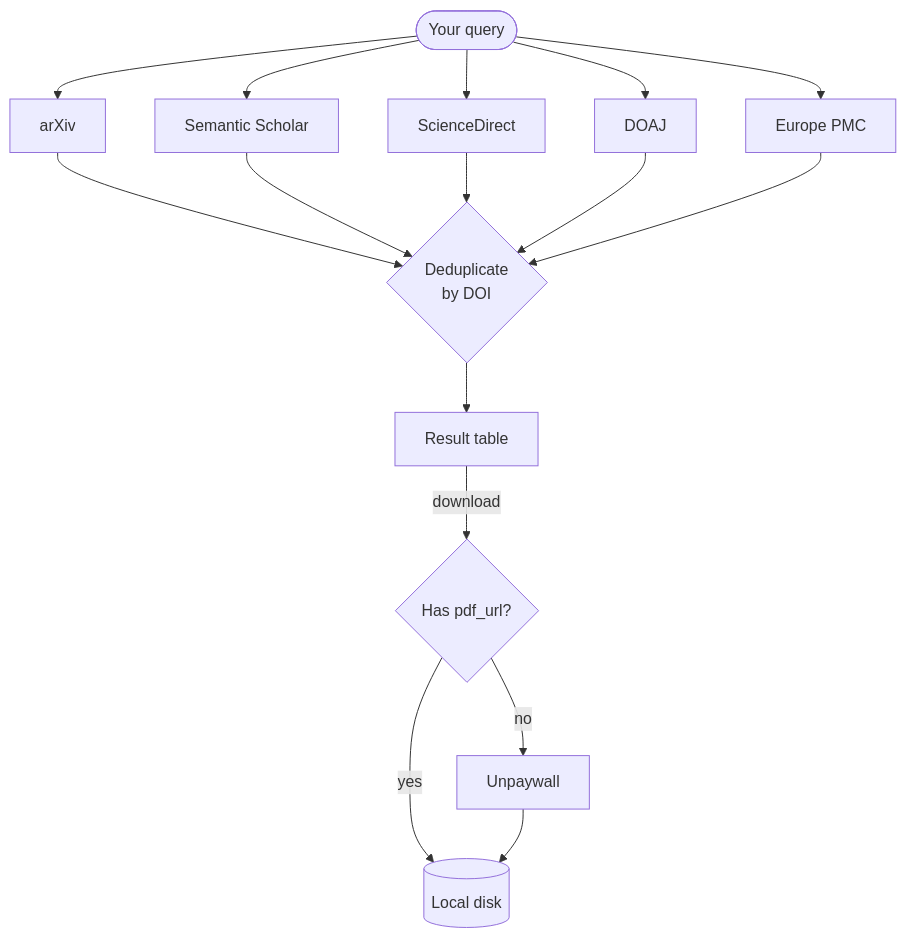
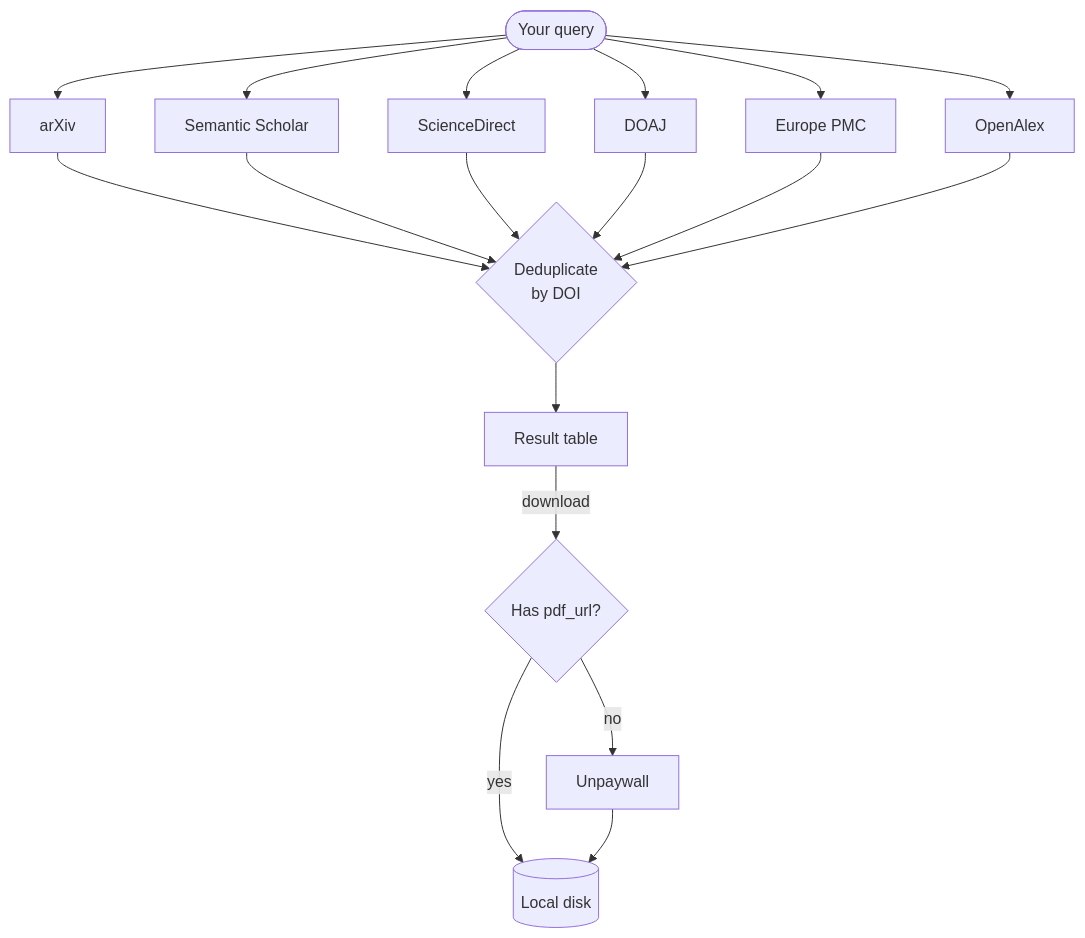
One commit to szaghi/mosaic changed the diagram in docs/guide/sources.md. Above: the diagram before and after it, drawn with Mermaid. The commit also changed other lines of this file and 9 other files, not shown here.

First line of the commit message:
feat(sources): add OpenAlex as a sixth search source

````diff
--- a/docs/guide/sources.md
+++ b/docs/guide/sources.md
@@ -9,14 +9,15 @@
 ```mermaid
 flowchart TD
     Q([Your query]) --> A[arXiv]
     Q --> B[Semantic Scholar]
     Q --> C[ScienceDirect]
     Q --> D[DOAJ]
     Q --> E[Europe PMC]
-    A & B & C & D & E --> F{Deduplicate\nby DOI}
-    F --> G[Result table]
-    G -->|download| H{Has pdf_url?}
-    H -- yes --> I[(Local disk)]
-    H -- no --> J[Unpaywall]
-    J --> I
+    Q --> F[OpenAlex]
+    A & B & C & D & E & F --> G{Deduplicate\nby DOI}
+    G --> H[Result table]
+    H -->|download| I{Has pdf_url?}
+    I -- yes --> J[(Local disk)]
+    I -- no --> K[Unpaywall]
+    K --> J
 ```
````
